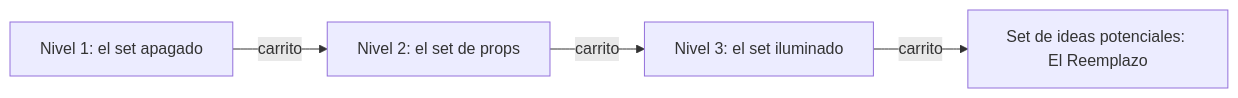
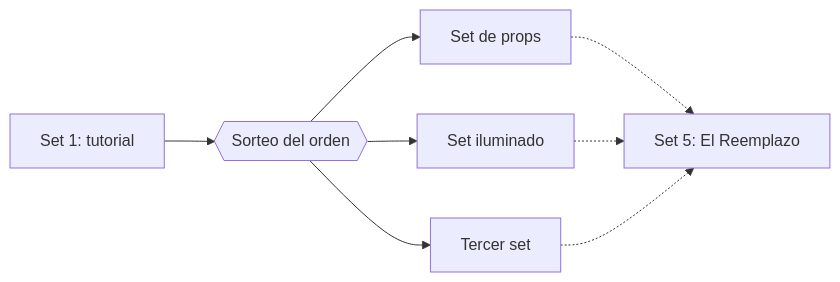
The diagram in content/es/04-niveles.md (DannieLudens/last-frame-gdd), drawn with Mermaid before and after one commit. The commit also changed other lines of this file and 15 other files, not shown here.

````diff
--- a/content/es/04-niveles.md
+++ b/content/es/04-niveles.md
@@ -5,6 +7,8 @@
 ```mermaid
 flowchart LR
-  N1[Nivel 1: el set apagado] -->|carrito| N2[Nivel 2: el set de props]
-  N2 -->|carrito| N3[Nivel 3: el set iluminado]
-  N3 -->|carrito| F[Set de ideas potenciales: El Reemplazo]
+  S1[Set 1: tutorial] --> R{{Sorteo del orden}}
+  R --> A[Set de props]
+  R --> B[Set iluminado]
+  R --> C[Tercer set]
+  A & B & C -.-> S5[Set 5: El Reemplazo]
 ```
````
